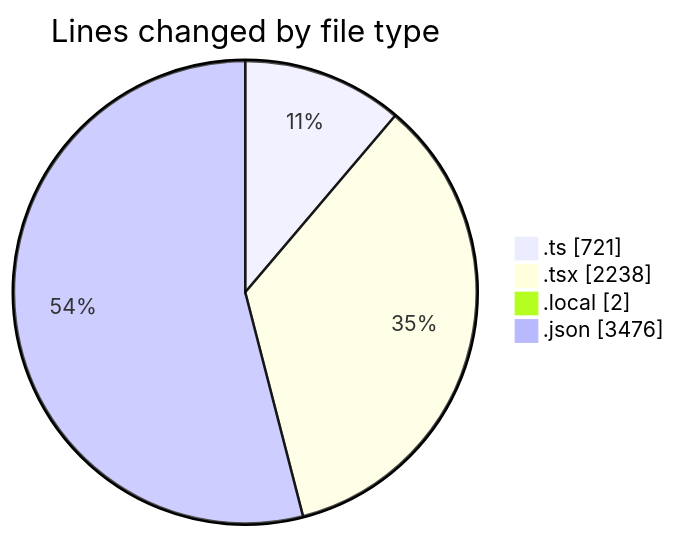
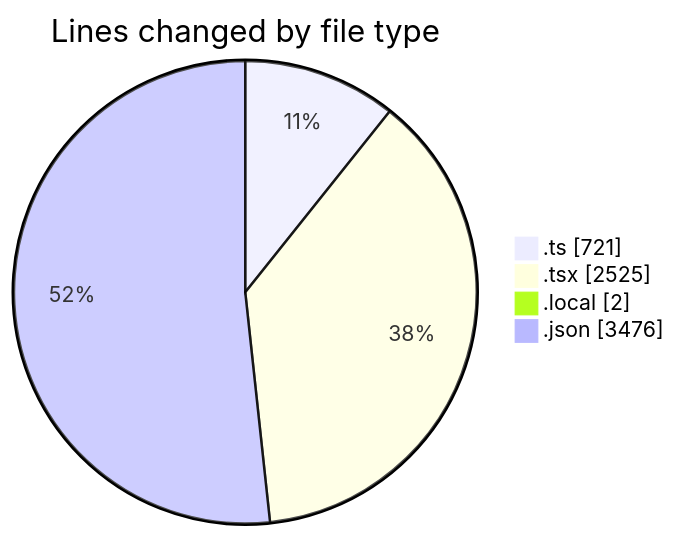
One commit to julien-gomy/code-tracking changed the first of 2 diagrams in 2025-10-28/eventscop-frontend-guide__workspace_/README.md. Above: the diagram before and after it, drawn with Mermaid. The commit also changed other lines of this file and 1 other file, not shown here.

````diff
--- a/2025-10-28/eventscop-frontend-guide__workspace_/README.md
+++ b/2025-10-28/eventscop-frontend-guide__workspace_/README.md
@@ -40,8 +42,8 @@
 ```mermaid
 pie showData
 title Lines changed by file type
 ".ts" : 721
-".tsx" : 2238
+".tsx" : 2525
 ".local" : 2
 ".json" : 3476
 ```
````
